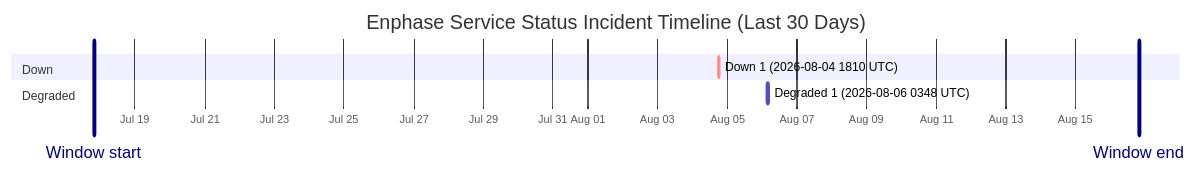
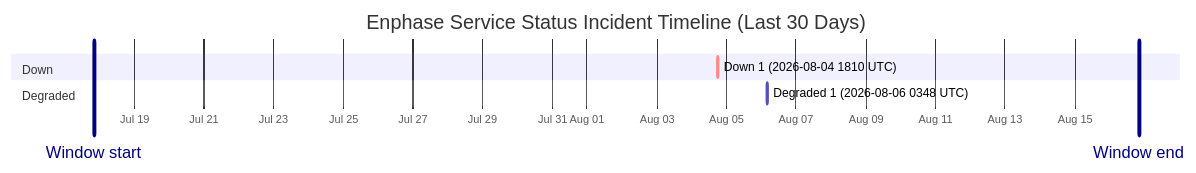
One commit to barneyonline/ha-enphase-energy changed the diagram in wiki/Service-Status-History.md. Above: the diagram before and after it, drawn with Mermaid. The commit also changed other lines of this file and 3 other files, not shown here.

````diff
--- a/wiki/Service-Status-History.md
+++ b/wiki/Service-Status-History.md
@@ -14,12 +14,12 @@
 ```mermaid
 gantt
     title Enphase Service Status Incident Timeline (Last 30 Days)
     dateFormat  YYYY-MM-DDTHH:mm:ss
     axisFormat  %b %d
-    Window start :vert, window-start, 2026-07-17T19:43:30, 0ms
-    Window end :vert, window-end, 2026-08-16T19:43:30, 0ms
+    Window start :vert, window-start, 2026-07-17T20:19:13, 0ms
+    Window end :vert, window-end, 2026-08-16T20:19:13, 0ms
     section Down
     Down 1 (2026-08-04 1810 UTC) :crit, down-1, 2026-08-04T18:10:46, 60m
     section Degraded
     Degraded 1 (2026-08-06 0348 UTC) :active, degraded-1, 2026-08-06T03:48:14, 60m
 ```
````
